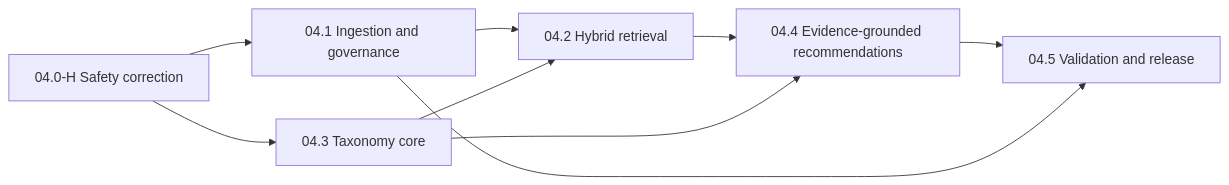
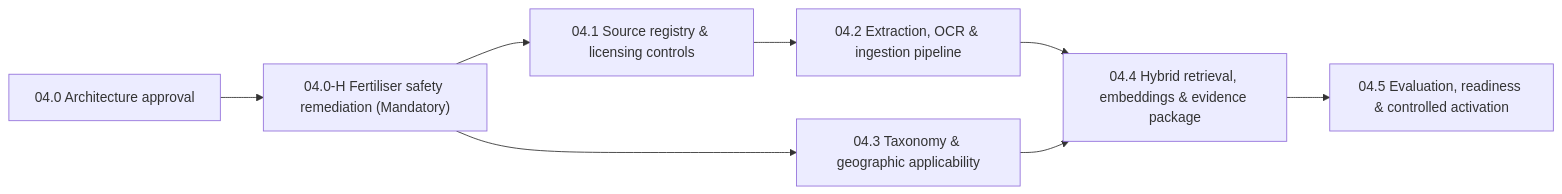
One commit to farmconnect-ux/cultivanode changed the diagram in docs/architecture/batch-04/14_IMPLEMENTATION_ROADMAP.md. Above: the diagram before and after it, drawn with Mermaid. The commit also changed other lines of this file and 10 other files, not shown here.

Commit message:
docs(batch-04.0): revision 4 — numerical prescription authority, two-level evaluation gate, and phased roadmap

````diff
--- a/docs/architecture/batch-04/14_IMPLEMENTATION_ROADMAP.md
+++ b/docs/architecture/batch-04/14_IMPLEMENTATION_ROADMAP.md
@@ -19,11 +23,10 @@
 ```mermaid
 flowchart LR
-  H["04.0-H Safety correction"] --> I1["04.1 Ingestion and governance"]
-  H --> T3["04.3 Taxonomy core"]
-  I1 --> R2["04.2 Hybrid retrieval"]
-  T3 --> R2
-  R2 --> E4["04.4 Evidence-grounded recommendations"]
-  T3 --> E4
-  E4 --> V5["04.5 Validation and release"]
-  I1 --> V5
+  B0["04.0 Architecture approval"] --> H["04.0-H Fertiliser safety remediation (Mandatory)"]
+  H --> B1["04.1 Source registry & licensing controls"]
+  B1 --> B2["04.2 Extraction, OCR & ingestion pipeline"]
+  H --> B3["04.3 Taxonomy & geographic applicability"]
+  B2 --> B4["04.4 Hybrid retrieval, embeddings & evidence package"]
+  B3 --> B4
+  B4 --> B5["04.5 Evaluation, readiness & controlled activation"]
 ```
````
